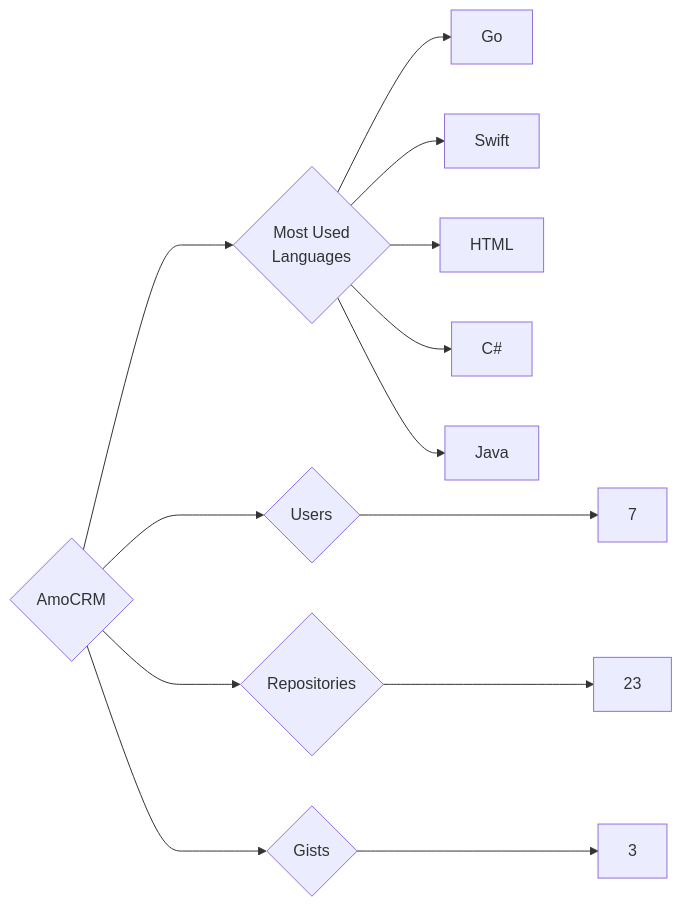
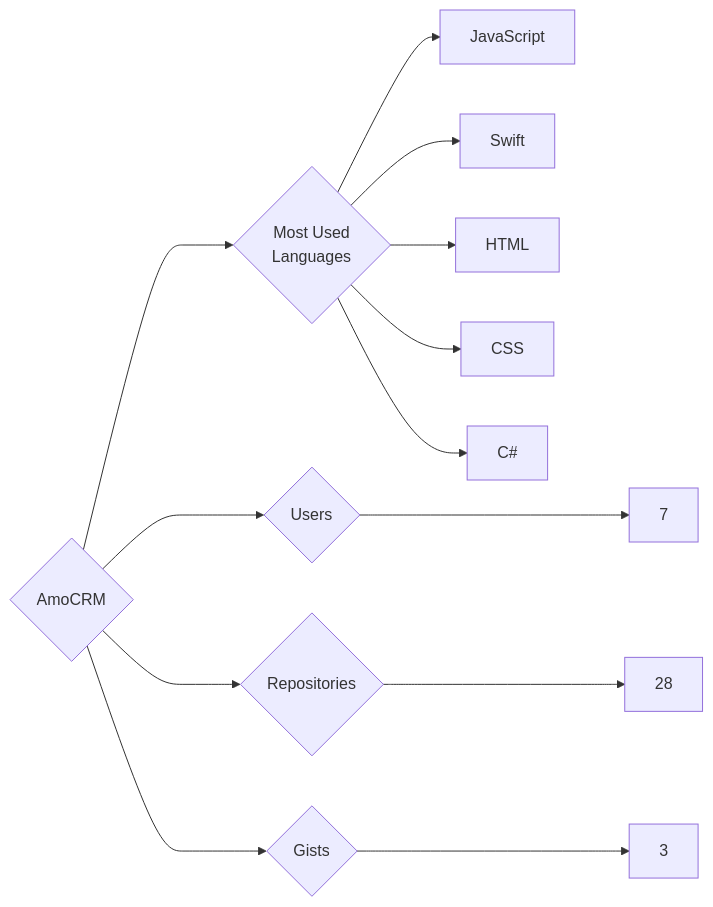
The diagram in targets/AmoCRM/README.md (trickest/insiders), drawn with Mermaid before and after one commit. The commit also changed 1148 other files, not shown here.

````diff
--- a/targets/AmoCRM/README.md
+++ b/targets/AmoCRM/README.md
@@ -3,13 +3,13 @@
 ```mermaid
 graph LR
 COMPANY_NAME{AmoCRM}
 COMPANY_NAME ---> U{Users} ---> UN[7]
-COMPANY_NAME ---> R{Repositories} ---> RN[23]
+COMPANY_NAME ---> R{Repositories} ---> RN[28]
 COMPANY_NAME ---> G{Gists} ---> GN[3]
 COMPANY_NAME ---> ML{Most Used<br>Languages}
-ML --> Go[Go]
+ML --> JavaScript[JavaScript]
 ML --> Swift[Swift]
 ML --> HTML[HTML]
+ML --> CSS[CSS]
 ML --> C#[C#]
-ML --> Java[Java]
 ```
````
